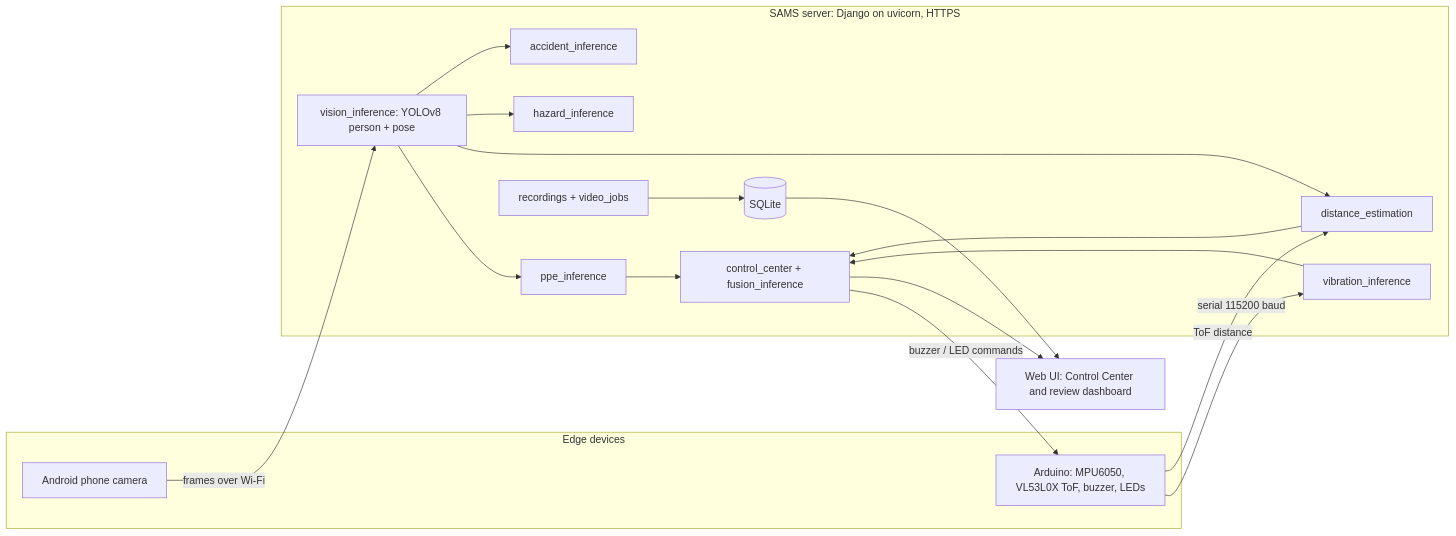
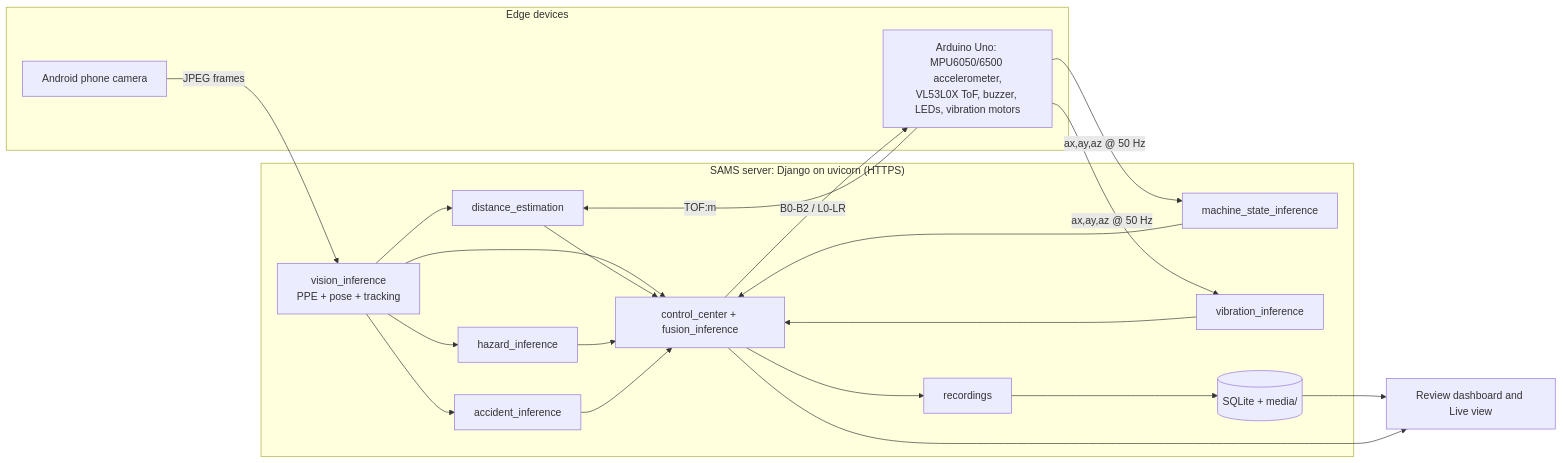
The first of 3 diagrams in README.md (Bonaparte003/Smart-Accident-System-Monitoring-SAMS-), drawn with Mermaid before and after one commit. The commit also changed other lines of this file and 4 other files, not shown here.

Commit message:
Tests for the fusion v2 contract; production README with schematic

````diff
--- a/README.md
+++ b/README.md
@@ -53,34 +65,36 @@
 ```mermaid
 flowchart LR
     subgraph EDGE["Edge devices"]
         PHONE["Android phone camera"]
-        ARD["Arduino: MPU6050, VL53L0X ToF, buzzer, LEDs"]
+        ARD["Arduino Uno: MPU6050/6500 accelerometer,<br/>VL53L0X ToF, buzzer, LEDs, vibration motors"]
     end
-    subgraph SERVER["SAMS server: Django on uvicorn, HTTPS"]
-        VIS["vision_inference: YOLOv8 person + pose"]
-        PPE[ppe_inference]
+    subgraph SERVER["SAMS server: Django on uvicorn (HTTPS)"]
+        VIS["vision_inference<br/>PPE + pose + tracking"]
         HAZ[hazard_inference]
         ACC[accident_inference]
         DIST[distance_estimation]
+        MS[machine_state_inference]
         VIB[vibration_inference]
         CC["control_center + fusion_inference"]
-        REC["recordings + video_jobs"]
-        DB[(SQLite)]
+        REC[recordings]
+        DB[(SQLite + media/)]
     end
-    UI["Web UI: Control Center and review dashboard"]
+    UI["Review dashboard and Live view"]
 
-    PHONE -- frames over Wi-Fi --> VIS
-    ARD -- serial 115200 baud --> VIB
-    ARD -- ToF distance --> DIST
-    VIS --> PPE
+    PHONE -- JPEG frames --> VIS
+    ARD -- "ax,ay,az @ 50 Hz" --> MS
+    ARD -- "ax,ay,az @ 50 Hz" --> VIB
+    ARD -- "TOF:m" --> DIST
     VIS --> DIST
     VIS --> HAZ
     VIS --> ACC
+    VIS --> CC
     DIST --> CC
+    HAZ --> CC
+    ACC --> CC
+    MS --> CC
     VIB --> CC
-    PPE --> CC
-    CC -- buzzer / LED commands --> ARD
+    CC -- "B0-B2 / L0-LR" --> ARD
+    CC --> REC --> DB --> UI
     CC --> UI
-    REC --> DB
-    DB --> UI
 ```
````
